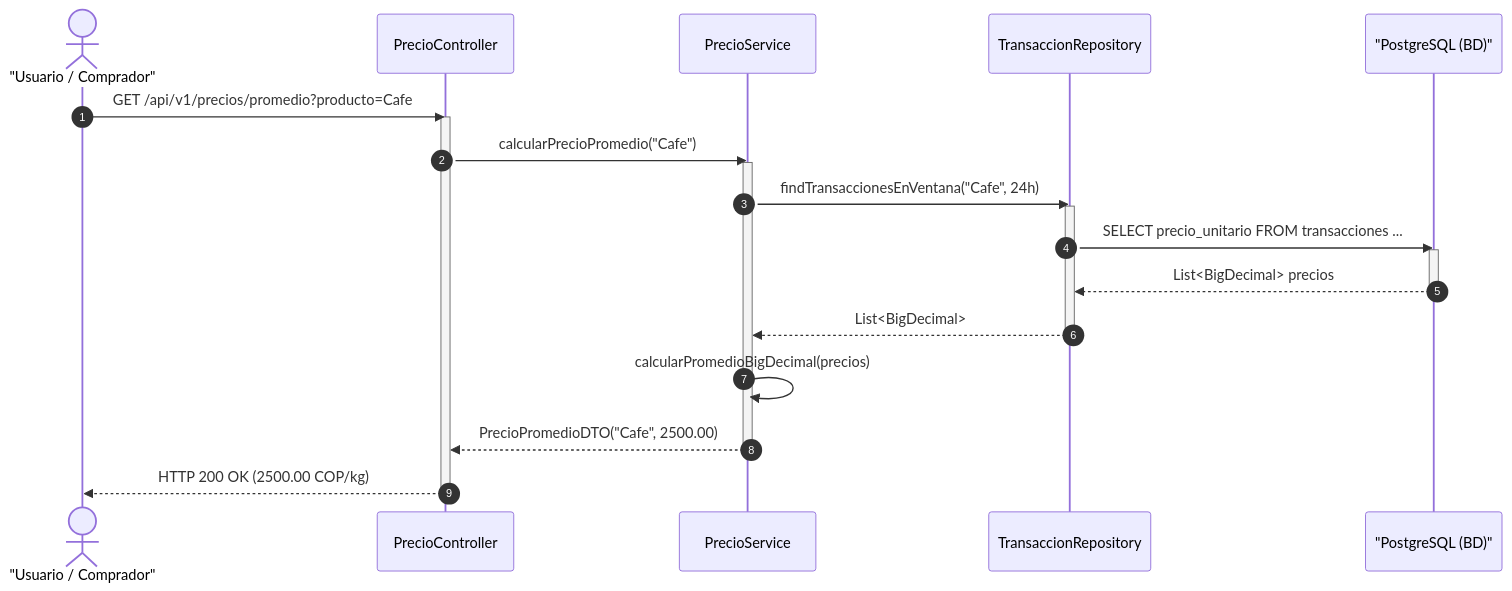
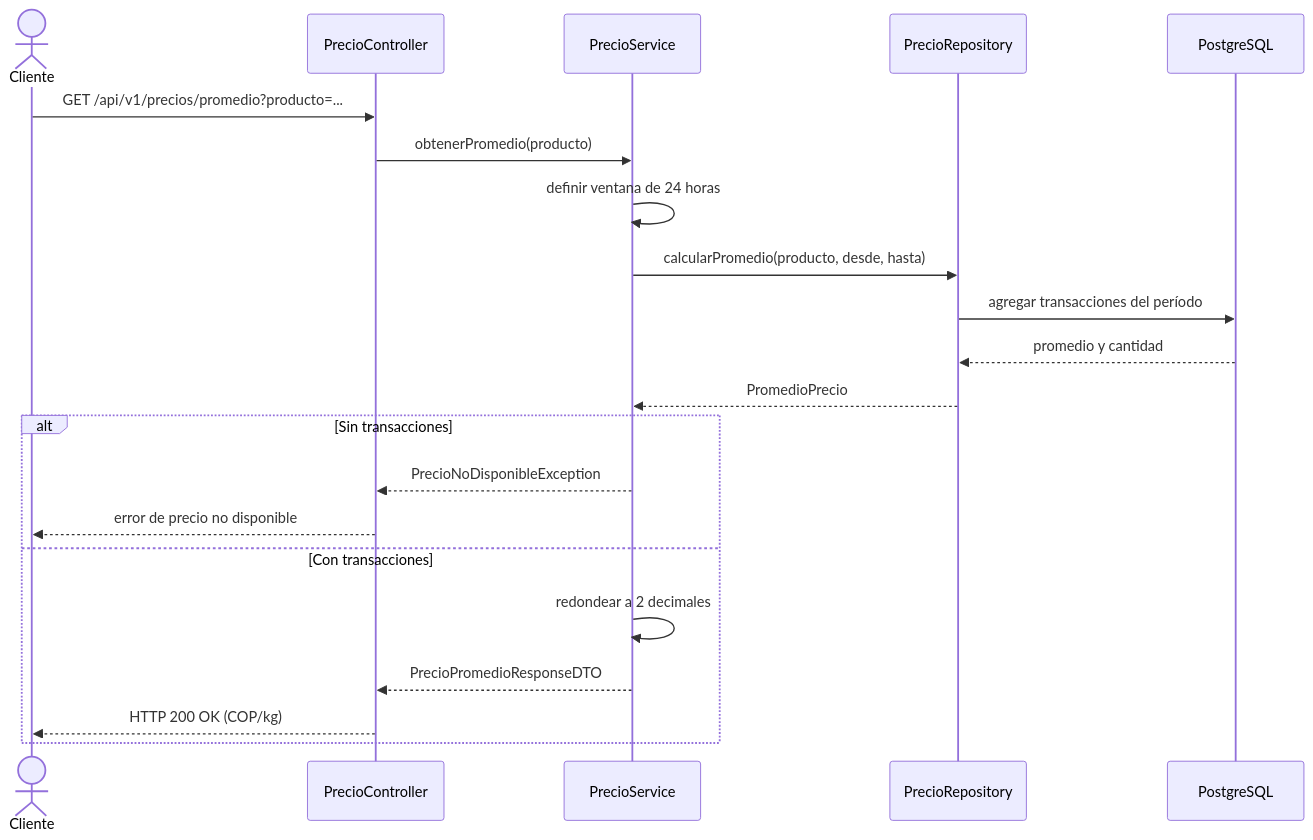
One commit to DilanStiven/Ingenieria-de-software changed the third of 7 diagrams in docs/diseno/architecture/diagramas-uml.md. Above: the diagram before and after it, drawn with Mermaid. The commit also changed other lines of this file and 10 other files, not shown here.

Commit message:
Refactor payment flow and complete delivery documentation

````diff
--- a/docs/diseno/architecture/diagramas-uml.md
+++ b/docs/diseno/architecture/diagramas-uml.md
@@ -114,26 +93,24 @@
 ```mermaid
 sequenceDiagram
- autonumber
- actor Cliente as "Usuario / Comprador"
- participant Controller as PrecioController
- participant Service as PrecioService
- participant Repo as TransaccionRepository
- participant DB as "PostgreSQL (BD)"
- Cliente->>Controller: GET /api/v1/precios/promedio?producto=Cafe
- activate Controller
- Controller->>Service: calcularPrecioPromedio("Cafe")
- activate Service
- Service->>Repo: findTransaccionesEnVentana("Cafe", 24h)
- activate Repo
- Repo->>DB: SELECT precio_unitario FROM transacciones ...
- activate DB
- DB-->>Repo: List<BigDecimal> precios
- deactivate DB
- Repo-->>Service: List<BigDecimal>
- deactivate Repo
- Service->>Service: calcularPromedioBigDecimal(precios)
- Service-->>Controller: PrecioPromedioDTO("Cafe", 2500.00)
- deactivate Service
- Controller-->>Cliente: HTTP 200 OK (2500.00 COP/kg)
- deactivate Controller
+    actor Cliente
+    participant API as PrecioController
+    participant Servicio as PrecioService
+    participant Repo as PrecioRepository
+    participant DB as PostgreSQL
+
+    Cliente->>API: GET /api/v1/precios/promedio?producto=...
+    API->>Servicio: obtenerPromedio(producto)
+    Servicio->>Servicio: definir ventana de 24 horas
+    Servicio->>Repo: calcularPromedio(producto, desde, hasta)
+    Repo->>DB: agregar transacciones del período
+    DB-->>Repo: promedio y cantidad
+    Repo-->>Servicio: PromedioPrecio
+    alt Sin transacciones
+        Servicio-->>API: PrecioNoDisponibleException
+        API-->>Cliente: error de precio no disponible
+    else Con transacciones
+        Servicio->>Servicio: redondear a 2 decimales
+        Servicio-->>API: PrecioPromedioResponseDTO
+        API-->>Cliente: HTTP 200 OK (COP/kg)
+    end
 ```
````
